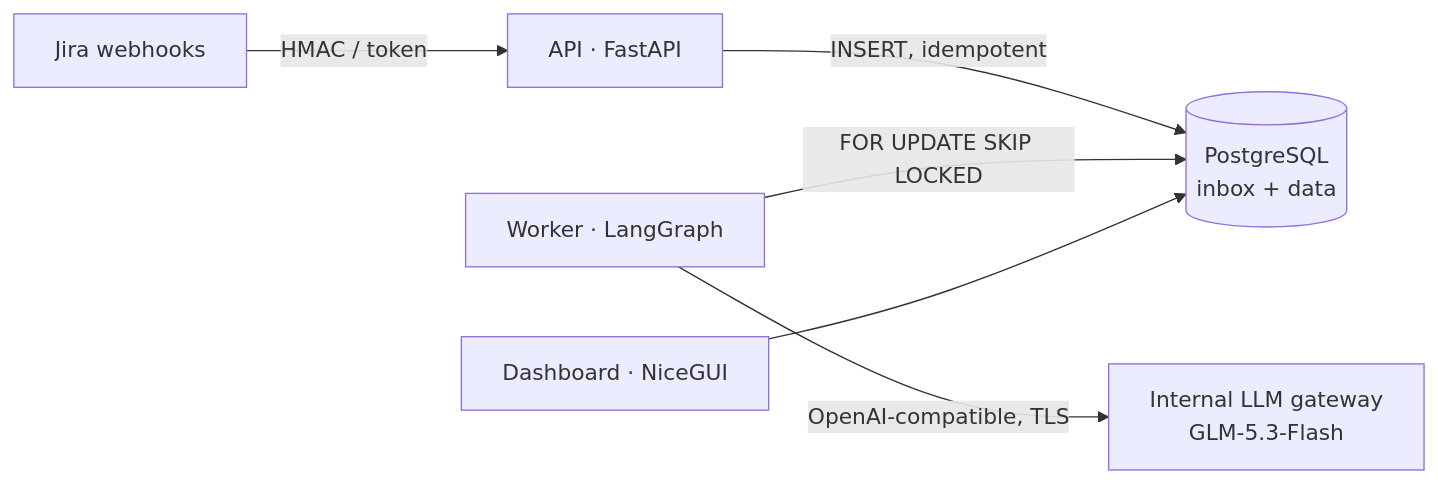
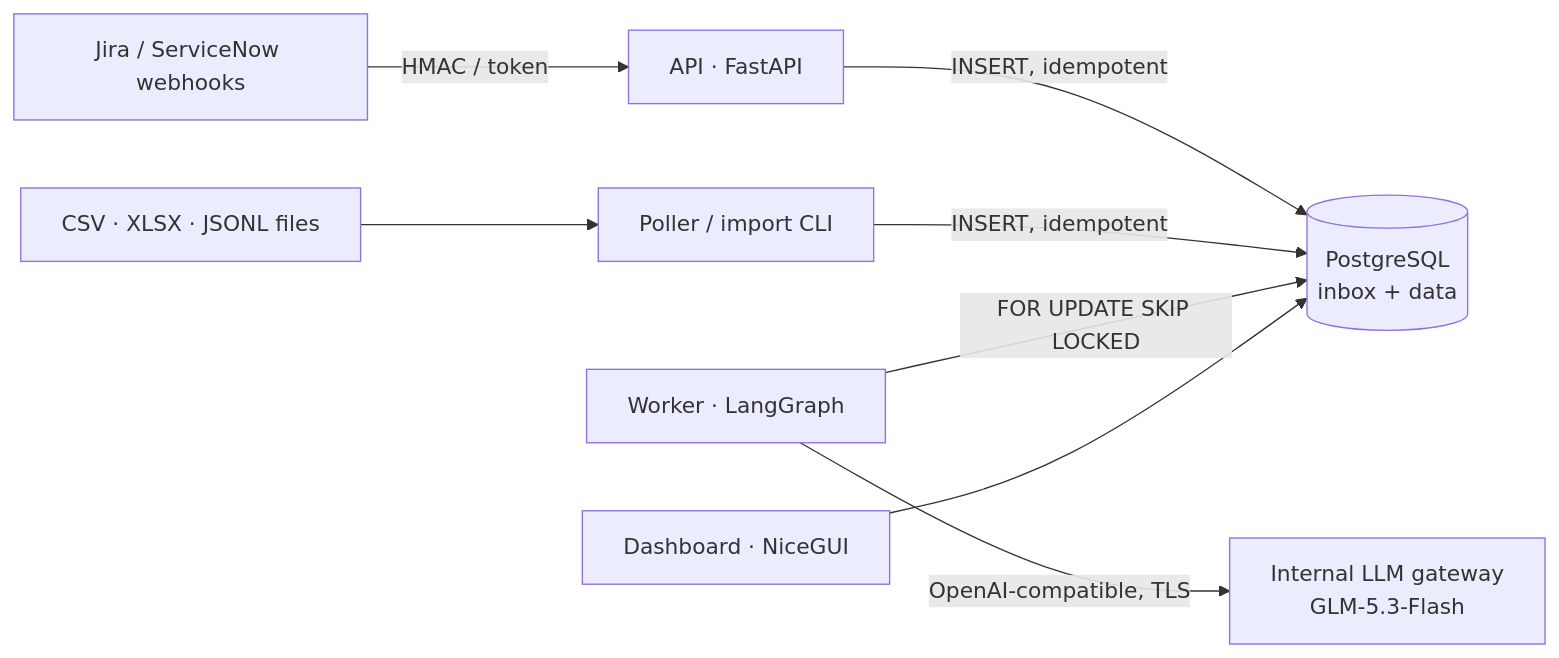
One commit to mecitsemerci/branchops-intelligence changed the diagram in README.md. Above: the diagram before and after it, drawn with Mermaid. The commit also changed other lines of this file and 81 other files, not shown here.

````diff
--- a/README.md
+++ b/README.md
@@ -12,8 +13,10 @@
 ```mermaid
 flowchart LR
-    J[Jira webhooks] -->|HMAC / token| A[API · FastAPI]
+    J[Jira / ServiceNow webhooks] -->|HMAC / token| A[API · FastAPI]
+    F[CSV · XLSX · JSONL files] --> P[Poller / import CLI]
     A -->|INSERT, idempotent| PG[(PostgreSQL<br/>inbox + data)]
+    P -->|INSERT, idempotent| PG
     W[Worker · LangGraph] -->|FOR UPDATE SKIP LOCKED| PG
     W -->|OpenAI-compatible, TLS| M[Internal LLM gateway<br/>GLM-5.3-Flash]
     D[Dashboard · NiceGUI] --> PG
 ```
````
